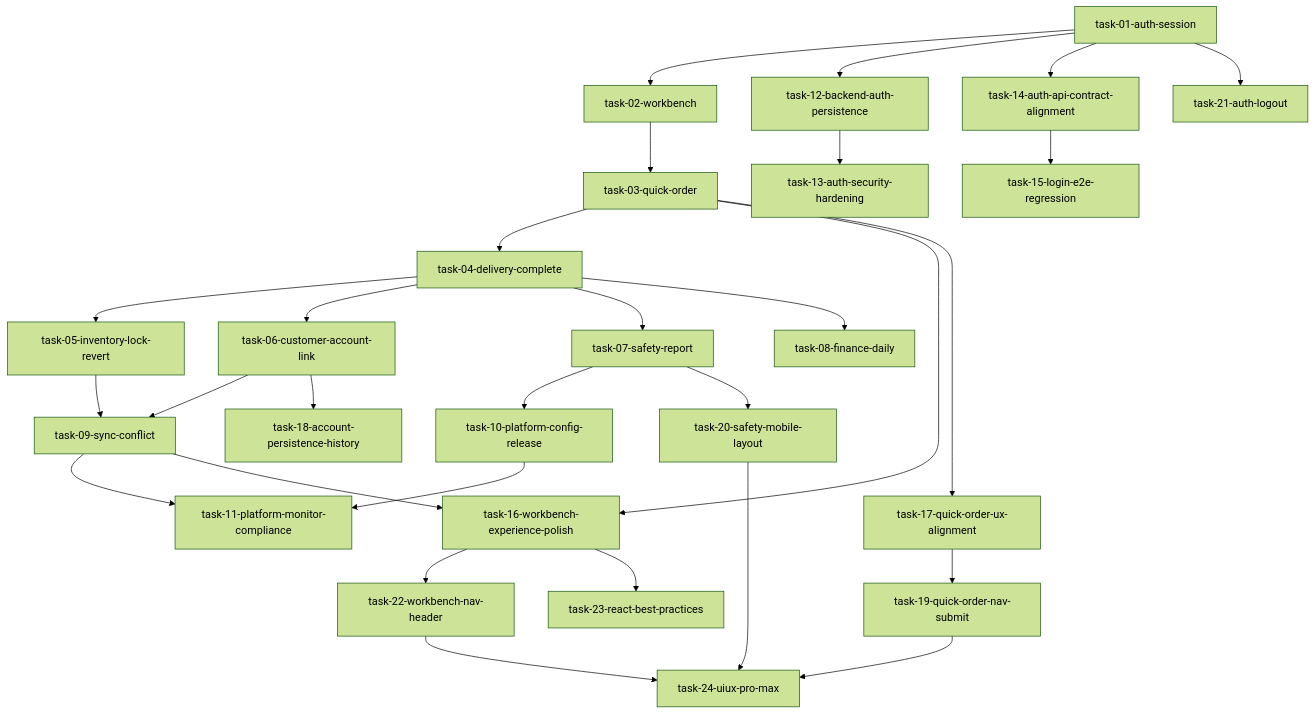
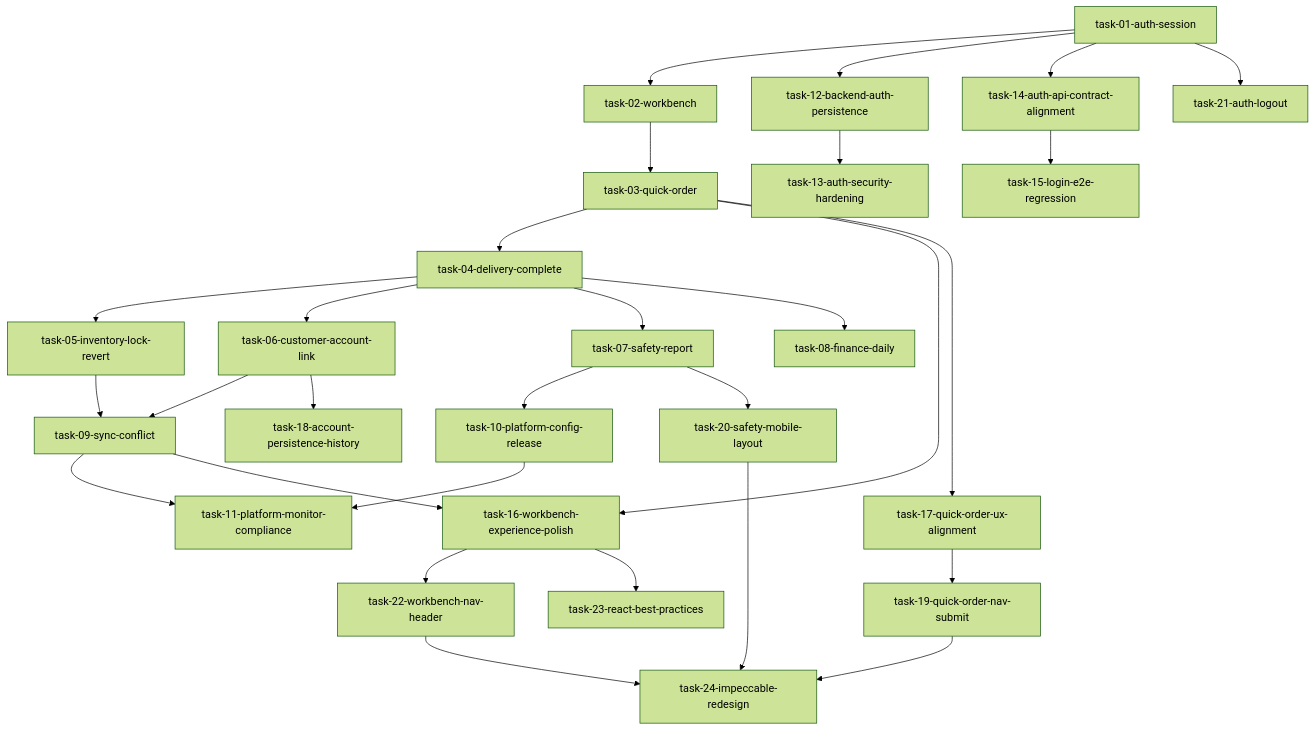
One commit to PojoZheng/lpg_gas_project changed the diagram in .trellis/tasks/feature-task-map.md. Above: the diagram before and after it, drawn with Mermaid (forest theme). The commit also changed other lines of this file and 1 other file, not shown here.

Commit message:
chore(trellis): switch task24 to impeccable-driven redesign

````diff
--- a/.trellis/tasks/feature-task-map.md
+++ b/.trellis/tasks/feature-task-map.md
@@ -25,31 +25,31 @@
 ```mermaid
 flowchart TD
 t01[task-01-auth-session] --> t02[task-02-workbench]
 t02 --> t03[task-03-quick-order]
 t03 --> t04[task-04-delivery-complete]
 t04 --> t05[task-05-inventory-lock-revert]
 t04 --> t06[task-06-customer-account-link]
 t04 --> t07[task-07-safety-report]
 t04 --> t08[task-08-finance-daily]
 t05 --> t09[task-09-sync-conflict]
 t06 --> t09
 t07 --> t10[task-10-platform-config-release]
 t09 --> t11[task-11-platform-monitor-compliance]
 t10 --> t11
 t01 --> t12[task-12-backend-auth-persistence]
 t12 --> t13[task-13-auth-security-hardening]
 t01 --> t14[task-14-auth-api-contract-alignment]
 t14 --> t15[task-15-login-e2e-regression]
 t03 --> t16[task-16-workbench-experience-polish]
 t09 --> t16
 t03 --> t17[task-17-quick-order-ux-alignment]
 t06 --> t18[task-18-account-persistence-history]
 t17 --> t19[task-19-quick-order-nav-submit]
 t07 --> t20[task-20-safety-mobile-layout]
 t01 --> t21[task-21-auth-logout]
 t16 --> t22[task-22-workbench-nav-header]
 t16 --> t23[task-23-react-best-practices]
-t19 --> t24[task-24-uiux-pro-max]
+t19 --> t24[task-24-impeccable-redesign]
 t20 --> t24
 t22 --> t24
 ```
````
